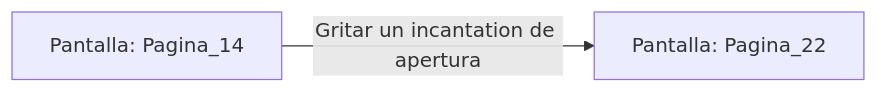
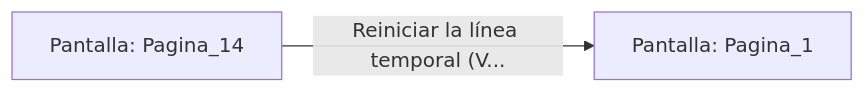
Before and after one commit to metsuke/mpl: the diagram in sample/eligejuego-vault/Pantalla_Pagina_14.md, drawn with Mermaid. The commit also changed other lines of this file and 635 other files, not shown here.

First line of the commit message:
fix: añadir Pagina_1 como pantalla inicial en capitulo_01.mpl

````diff
--- a/sample/eligejuego-vault/Pantalla_Pagina_14.md
+++ b/sample/eligejuego-vault/Pantalla_Pagina_14.md
@@ -14,5 +17,5 @@
 ```mermaid
 graph LR
     P_Pagina_14["Pantalla: Pagina_14"]
-    P_Pagina_14 -->|"Gritar un incantation de apertura"| P_Pagina_22["Pantalla: Pagina_22"]
+    P_Pagina_14 -->|"Reiniciar la línea temporal (V..."| P_Pagina_1["Pantalla: Pagina_1"]
 ```
````
